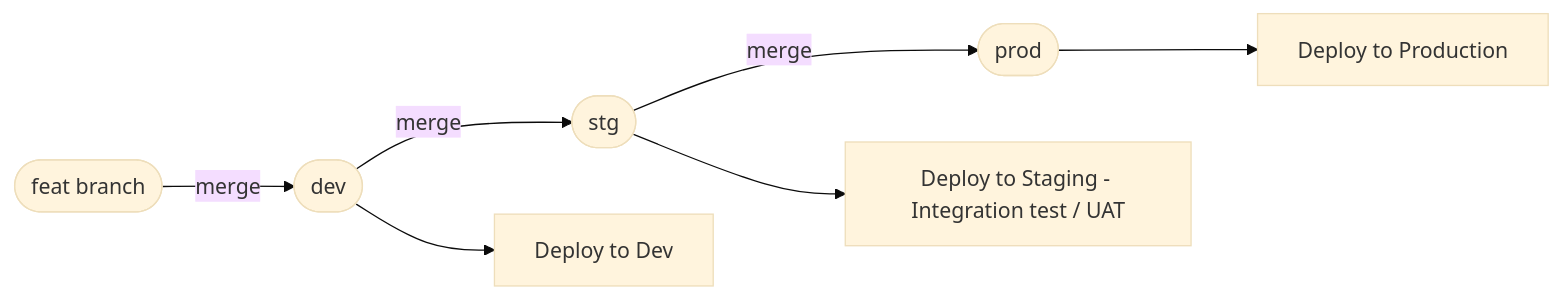
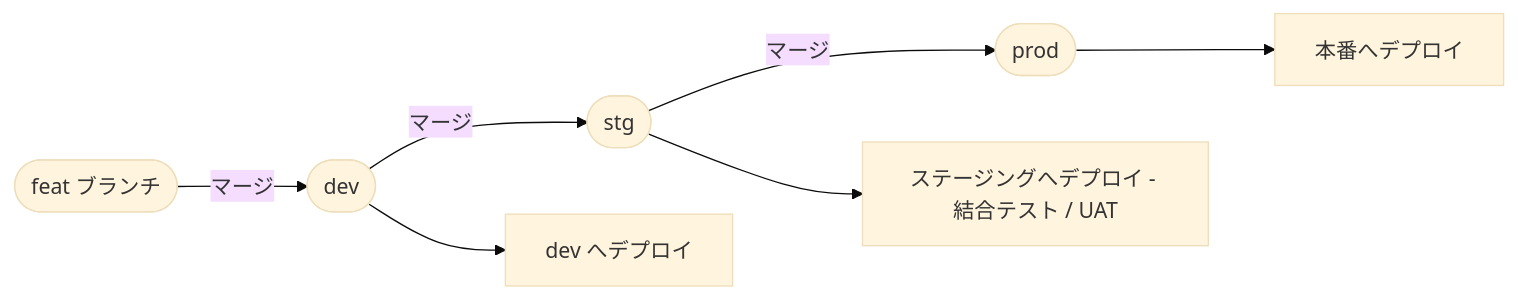
Before and after one commit to nguyenvt-amira/fitness-crm-vercel: the third of 3 diagrams in README.md, drawn with Mermaid (base theme). The commit also changed other lines of this file and 2 other files, not shown here.

````diff
--- a/README.md
+++ b/README.md
@@ -493,10 +533,10 @@
 ```mermaid
 flowchart LR
-    A([feat branch]) -->|merge| B([dev])
-    B -->|merge| C([stg])
-    C -->|merge| D([prod])
+    A([feat ブランチ]) -->|マージ| B([dev])
+    B -->|マージ| C([stg])
+    C -->|マージ| D([prod])
 
-    B --> B1[Deploy to Dev]
-    C --> C1[Deploy to Staging - Integration test / UAT]
-    D --> D1[Deploy to Production]
+    B --> B1[dev へデプロイ]
+    C --> C1[ステージングへデプロイ - 結合テスト / UAT]
+    D --> D1[本番へデプロイ]
 ```
````
